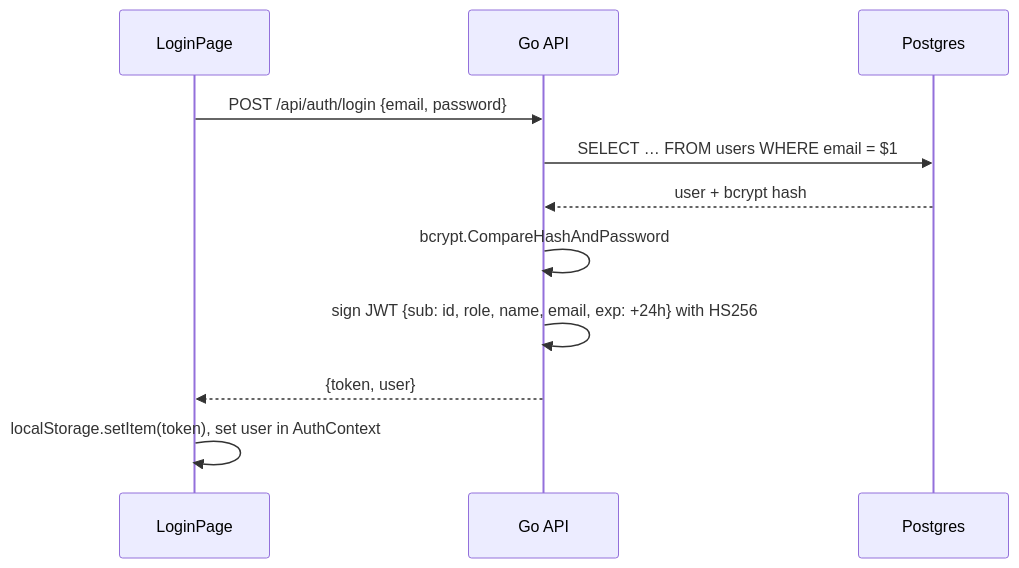
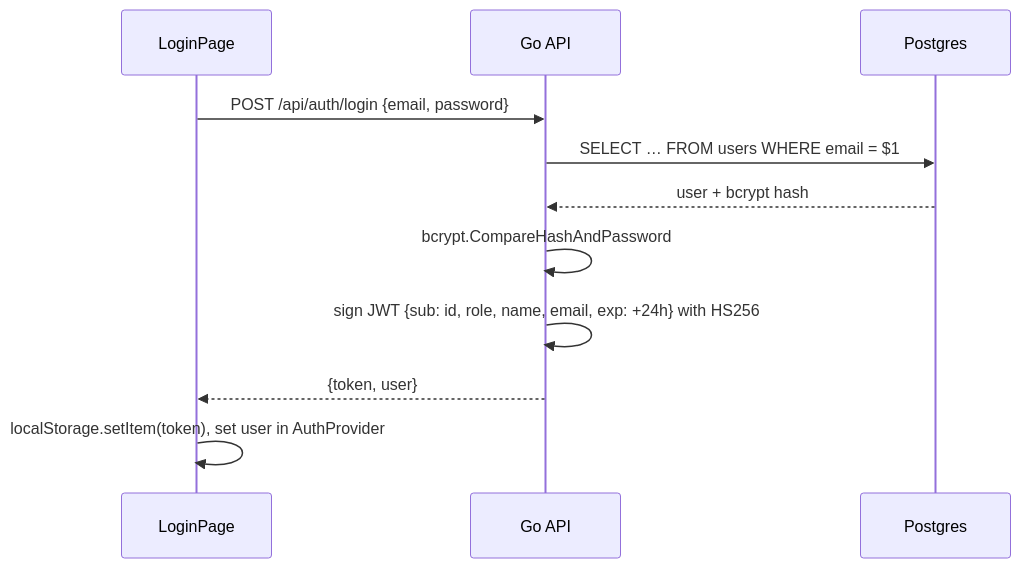
Before and after one commit to suma-iya/LeaveDesk: the second of 4 diagrams in docs/ARCHITECTURE.md, drawn with Mermaid. The commit also changed other lines of this file and 1 other file, not shown here.

First line of the commit message:
Document LeaveDesk frontend architecture and data flow

````diff
--- a/docs/ARCHITECTURE.md
+++ b/docs/ARCHITECTURE.md
@@ -189,13 +195,13 @@
 ```mermaid
 sequenceDiagram
     participant UI as LoginPage
     participant API as Go API
     participant DB as Postgres
     UI->>API: POST /api/auth/login {email, password}
     API->>DB: SELECT … FROM users WHERE email = $1
     DB-->>API: user + bcrypt hash
     API->>API: bcrypt.CompareHashAndPassword
     API->>API: sign JWT {sub: id, role, name, email, exp: +24h} with HS256
     API-->>UI: {token, user}
-    UI->>UI: localStorage.setItem(token), set user in AuthContext
+    UI->>UI: localStorage.setItem(token), set user in AuthProvider
 ```
````
